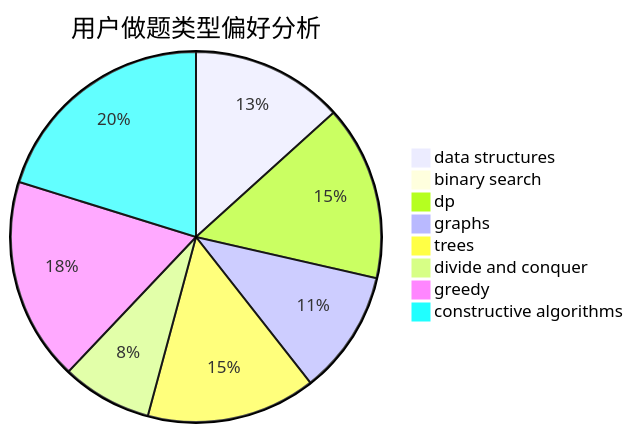
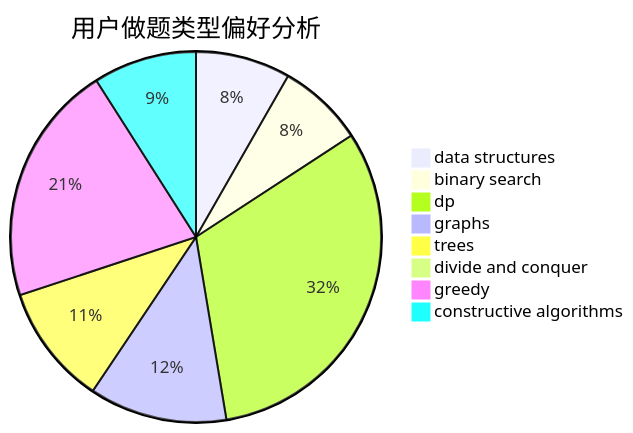
The second of 3 diagrams in docs/user/u1945.md (sherpahu/cfrs.github.io), drawn with Mermaid before and after one commit. The commit also changed other lines of this file and 2770 other files, not shown here.

````diff
--- a/docs/user/u1945.md
+++ b/docs/user/u1945.md
@@ -23,11 +23,11 @@
 ```mermaid
 pie title 用户做题类型偏好分析
-    "data structures" :  27
-    "binary search" :  0
-    "dp" :  31
-    "graphs" :  22
-    "trees" :  30
-    "divide and conquer" :  16
-    "greedy" :  36
-    "constructive algorithms" :  41
+    "data structures" :  11
+    "binary search" :  10
+    "dp" :  42
+    "graphs" :  16
+    "trees" :  14
+    "divide and conquer" :  0
+    "greedy" :  28
+    "constructive algorithms" :  12
 ```
````
